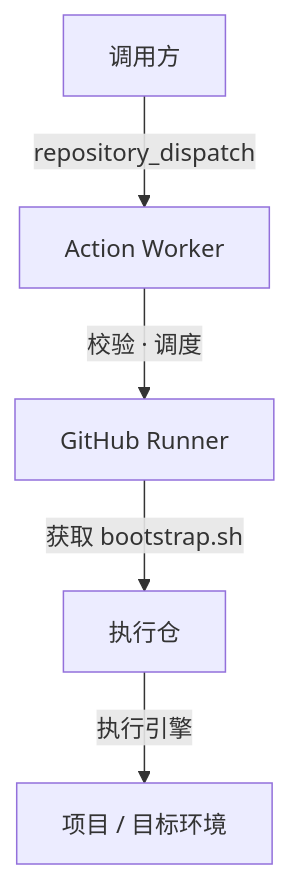
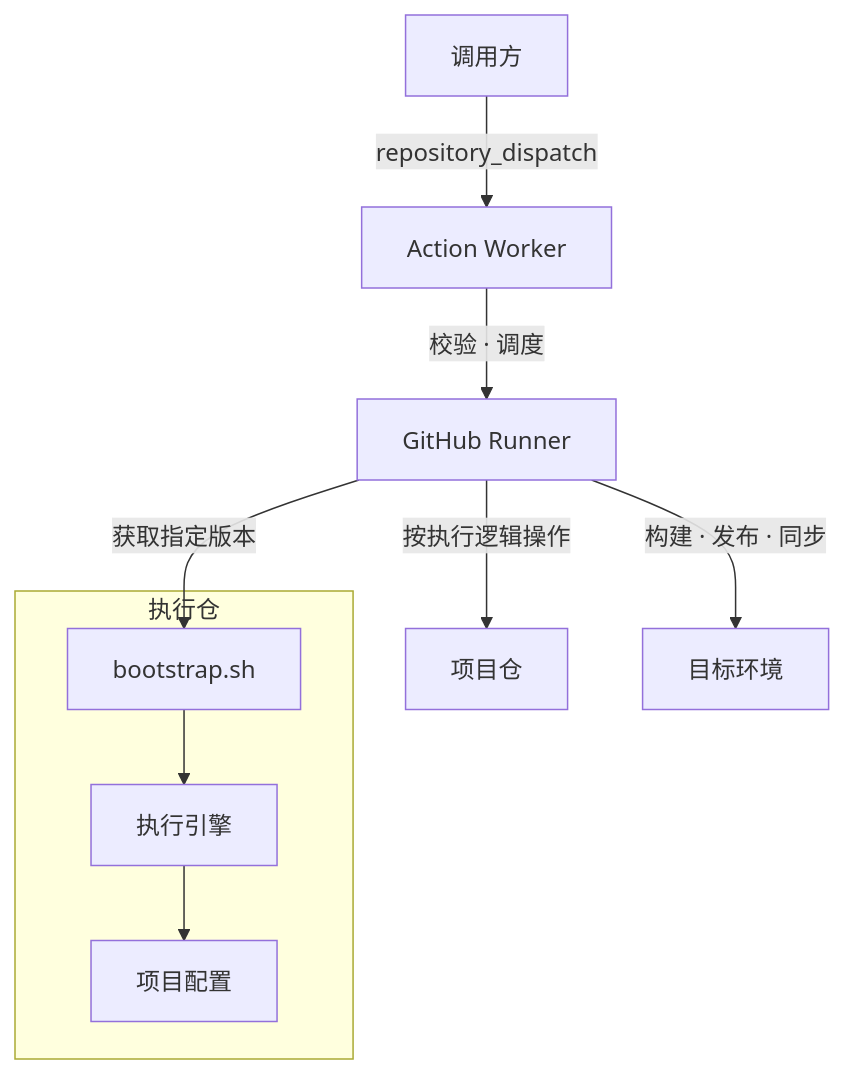
Before and after one commit to fongap/action-worker: the first of 2 diagrams in README.md, drawn with Mermaid.

````diff
--- a/README.md
+++ b/README.md
@@ -10,13 +10,25 @@
 ```mermaid
 flowchart TB
     A[调用方]
     B[Action Worker]
     C[GitHub Runner]
-    D[执行仓]
-    E[项目 / 目标环境]
+
+    subgraph R["执行仓"]
+        D[bootstrap.sh]
+        E[执行引擎]
+        F[项目配置]
+    end
+
+    G[项目仓]
+    H[目标环境]
 
     A -->|repository_dispatch| B
     B -->|校验 · 调度| C
-    C -->|获取 bootstrap.sh| D
-    D -->|执行引擎| E
+
+    C -->|获取指定版本| D
+    D --> E
+    E --> F
+
+    C -->|按执行逻辑操作| G
+    C -->|构建 · 发布 · 同步| H
 ```
````
